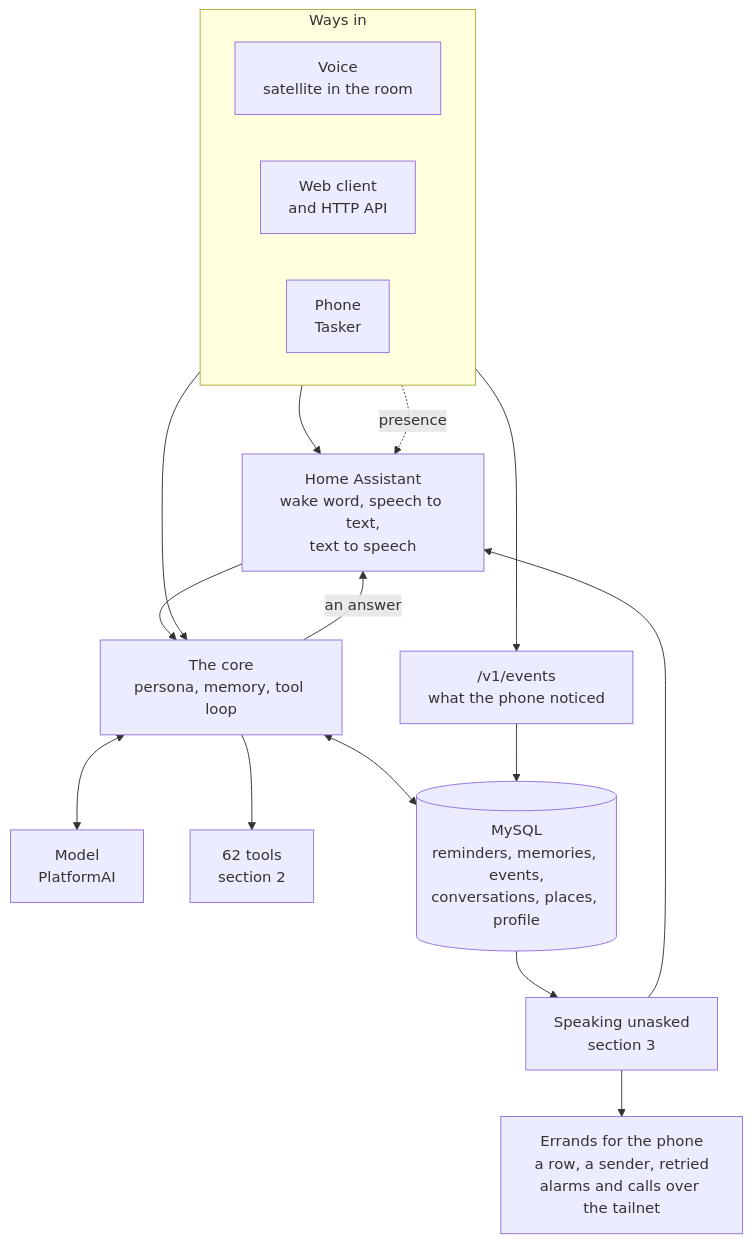
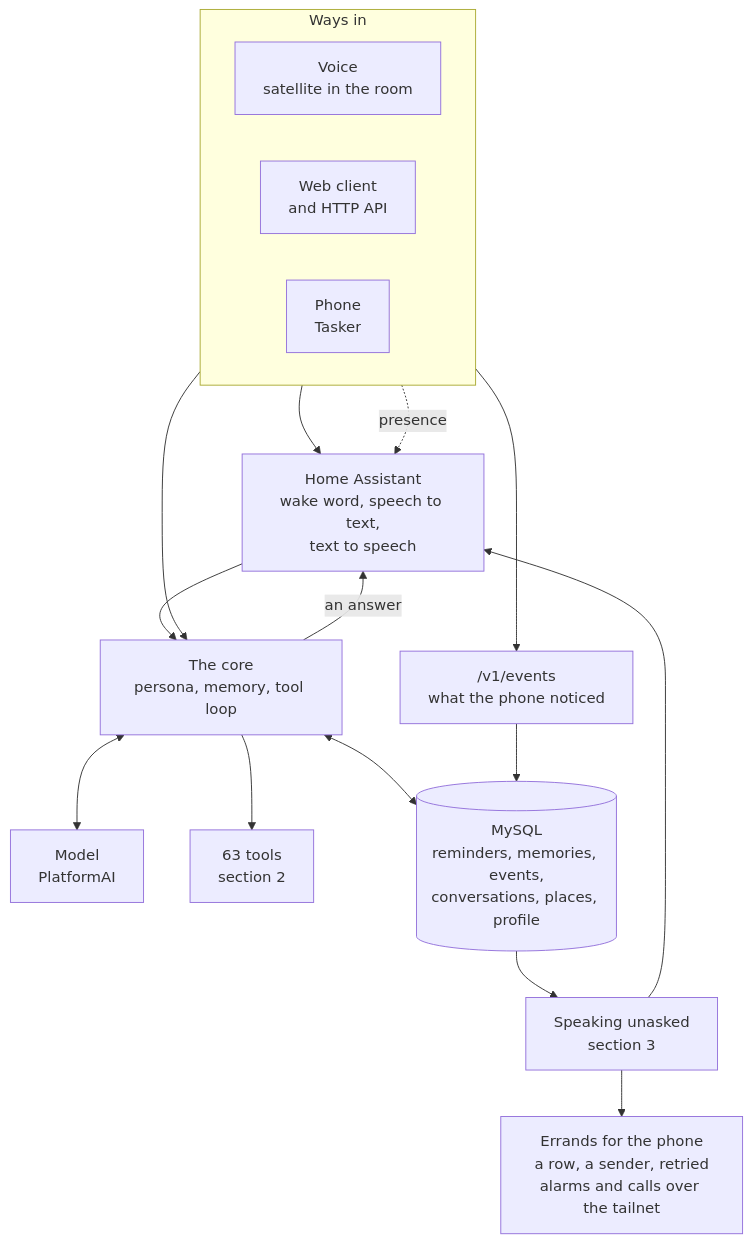
The first of 5 diagrams in FEATURES.md (DhanushRamesh/personal-assistant), drawn with Mermaid before and after one commit. The commit also changed other lines of this file and 5 other files, not shown here.

````diff
--- a/FEATURES.md
+++ b/FEATURES.md
@@ -19,36 +19,36 @@
 ```mermaid
 flowchart TB
     subgraph IN["Ways in"]
         direction LR
         SAT["Voice<br/>satellite in the room"]
         WEB["Web client<br/>and HTTP API"]
         PHONE["Phone<br/>Tasker"]
     end
 
     HA["Home Assistant<br/>wake word, speech to text,<br/>text to speech"]
     EVENTS["/v1/events<br/>what the phone noticed"]
 
     SAT --> HA
     PHONE --> EVENTS
     PHONE -. "presence" .-> HA
     HA --> CORE
     WEB --> CORE
 
     CORE["The core<br/>persona, memory, tool loop"]
     MODEL["Model<br/>PlatformAI"]
-    TOOLS["62 tools<br/>section 2"]
+    TOOLS["63 tools<br/>section 2"]
     DB[("MySQL<br/>reminders, memories, events,<br/>conversations, places, profile")]
 
     CORE <--> MODEL
     CORE --> TOOLS
     CORE <--> DB
     EVENTS --> DB
     CORE -- "an answer" --> HA
 
     UNASKED["Speaking unasked<br/>section 3"]
     ALARMS["Errands for the phone<br/>a row, a sender, retried<br/>alarms and calls over the tailnet"]
 
     DB --> UNASKED
     UNASKED --> HA
     UNASKED --> ALARMS
 ```
````
